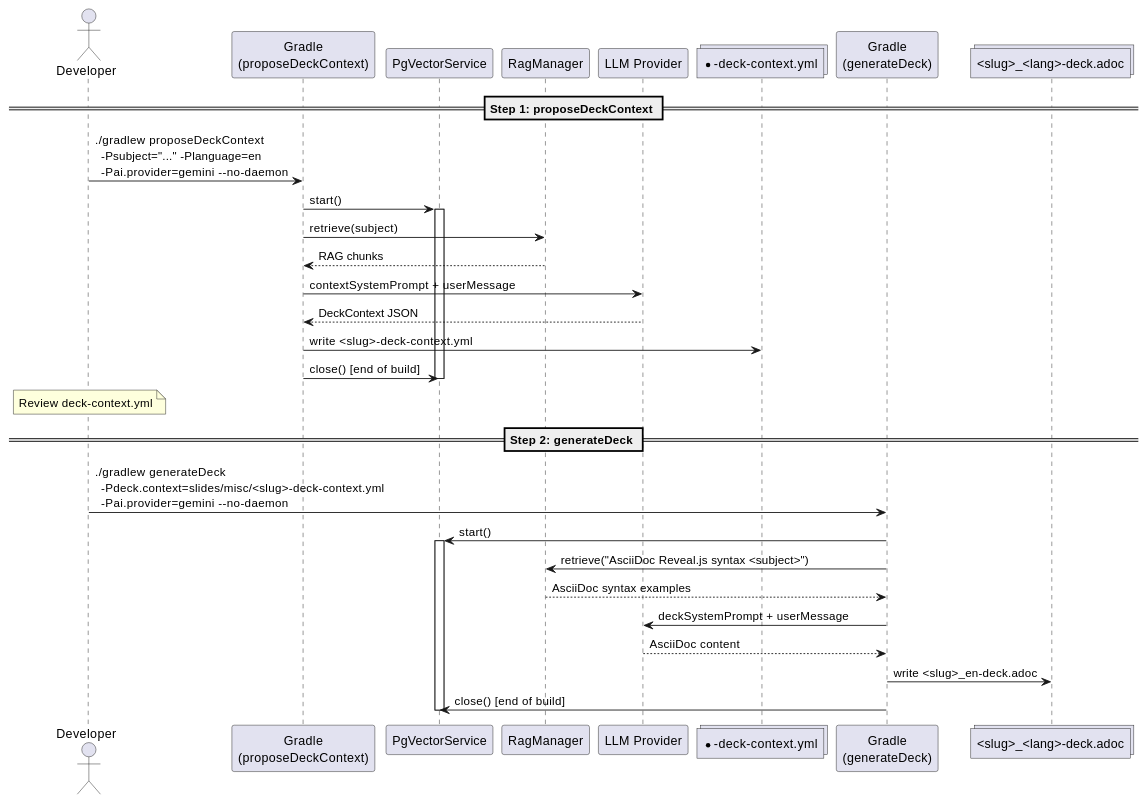
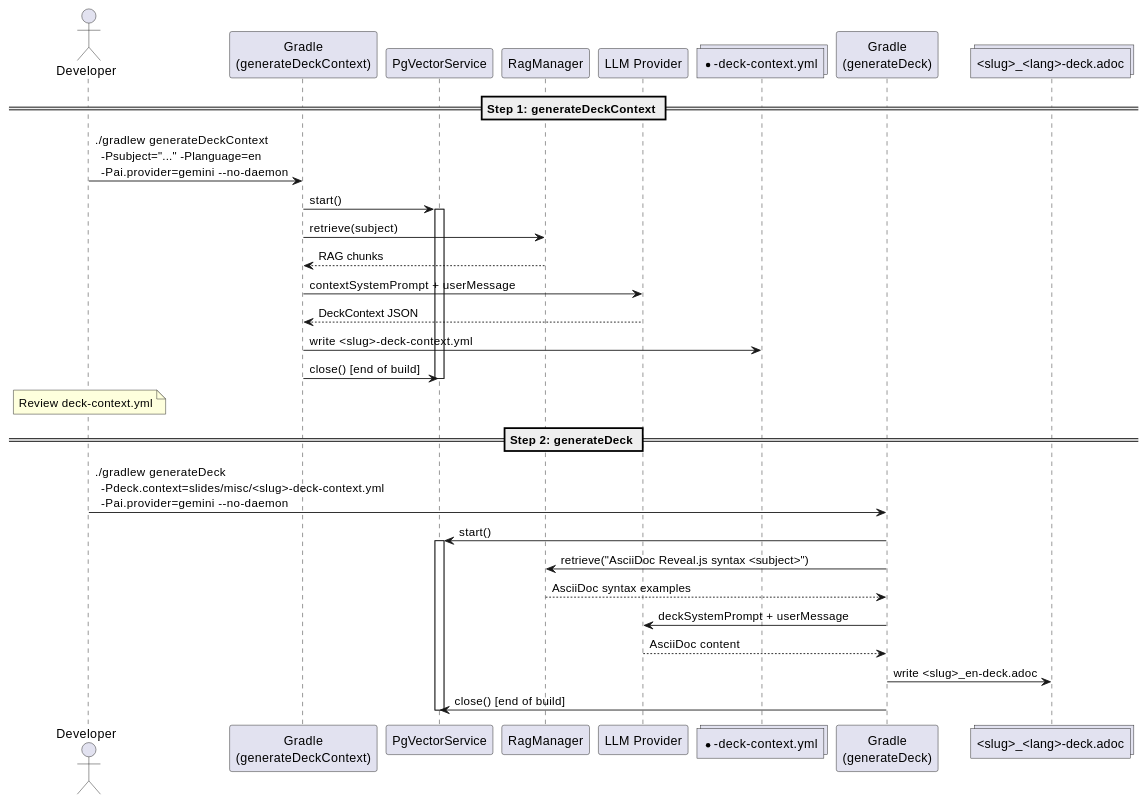
One commit to cheroliv/slider-gradle changed the eighth of 10 diagrams in README_truth.adoc. Above: the diagram before and after it, drawn with PlantUML. The commit also changed other lines of this file and 13 other files, not shown here.

Commit message:
EPIC K K-1: renommage taxonomie (generateSlides, generateDashboard, deploySlides, generateCapsule, generateDeckContext, collectRagIndex) + groupes

```diff
--- a/README_truth.adoc
+++ b/README_truth.adoc
@@ -523,43 +523,43 @@
 [plantuml]
 ----
 @startuml
 actor Developer
 
-participant "Gradle\n(proposeDeckContext)" as Propose
+participant "Gradle\n(generateDeckContext)" as Propose
 participant "PgVectorService" as PGS
 participant "RagManager" as RAG
 participant "LLM Provider" as LLM
 collections "*-deck-context.yml" as CtxFile
 
 participant "Gradle\n(generateDeck)" as Generate
 collections "<slug>_<lang>-deck.adoc" as DeckFile
 
-== Step 1: proposeDeckContext ==
+== Step 1: generateDeckContext ==
 
-Developer -> Propose : ./gradlew proposeDeckContext\n  -Psubject="..." -Planguage=en\n  -Pai.provider=gemini --no-daemon
+Developer -> Propose : ./gradlew generateDeckContext\n  -Psubject="..." -Planguage=en\n  -Pai.provider=gemini --no-daemon
 Propose -> PGS : start()
 activate PGS
 Propose -> RAG : retrieve(subject)
 RAG --> Propose : RAG chunks
 Propose -> LLM : contextSystemPrompt + userMessage
 LLM --> Propose : DeckContext JSON
 Propose -> CtxFile : write <slug>-deck-context.yml
 Propose -> PGS : close() [end of build]
 deactivate PGS
 
 note over Developer : Review deck-context.yml
 
 == Step 2: generateDeck ==
 
 Developer -> Generate : ./gradlew generateDeck\n  -Pdeck.context=slides/misc/<slug>-deck-context.yml\n  -Pai.provider=gemini --no-daemon
 Generate -> PGS : start()
 activate PGS
 Generate -> RAG : retrieve("AsciiDoc Reveal.js syntax <subject>")
 RAG --> Generate : AsciiDoc syntax examples
 Generate -> LLM : deckSystemPrompt + userMessage
 LLM --> Generate : AsciiDoc content
 Generate -> DeckFile : write <slug>_en-deck.adoc
 Generate -> PGS : close() [end of build]
 deactivate PGS
 @enduml
 ----
```
